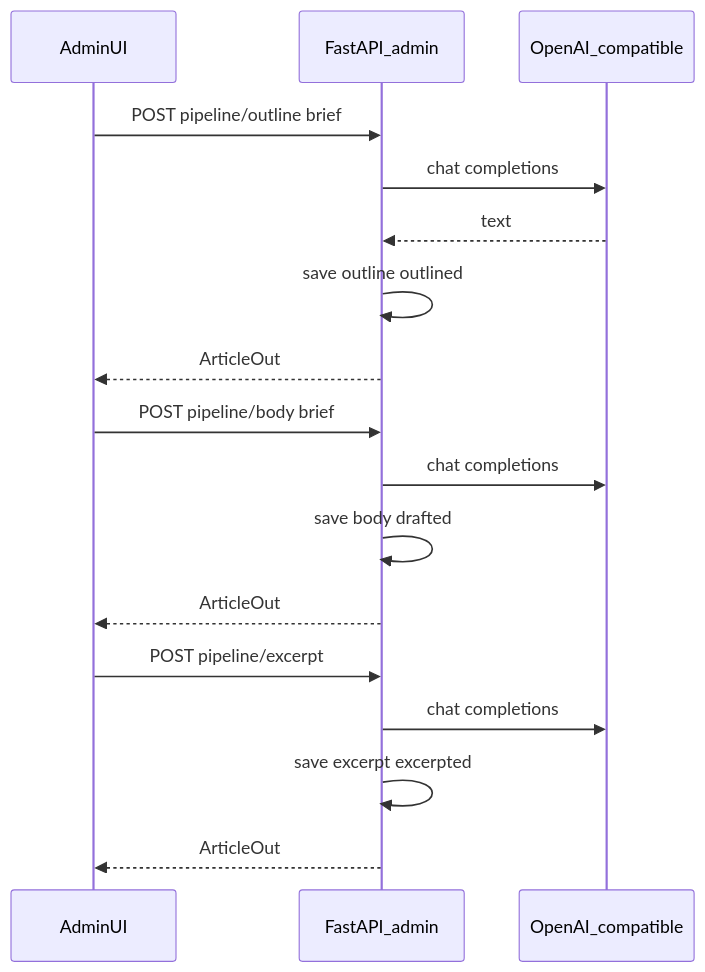
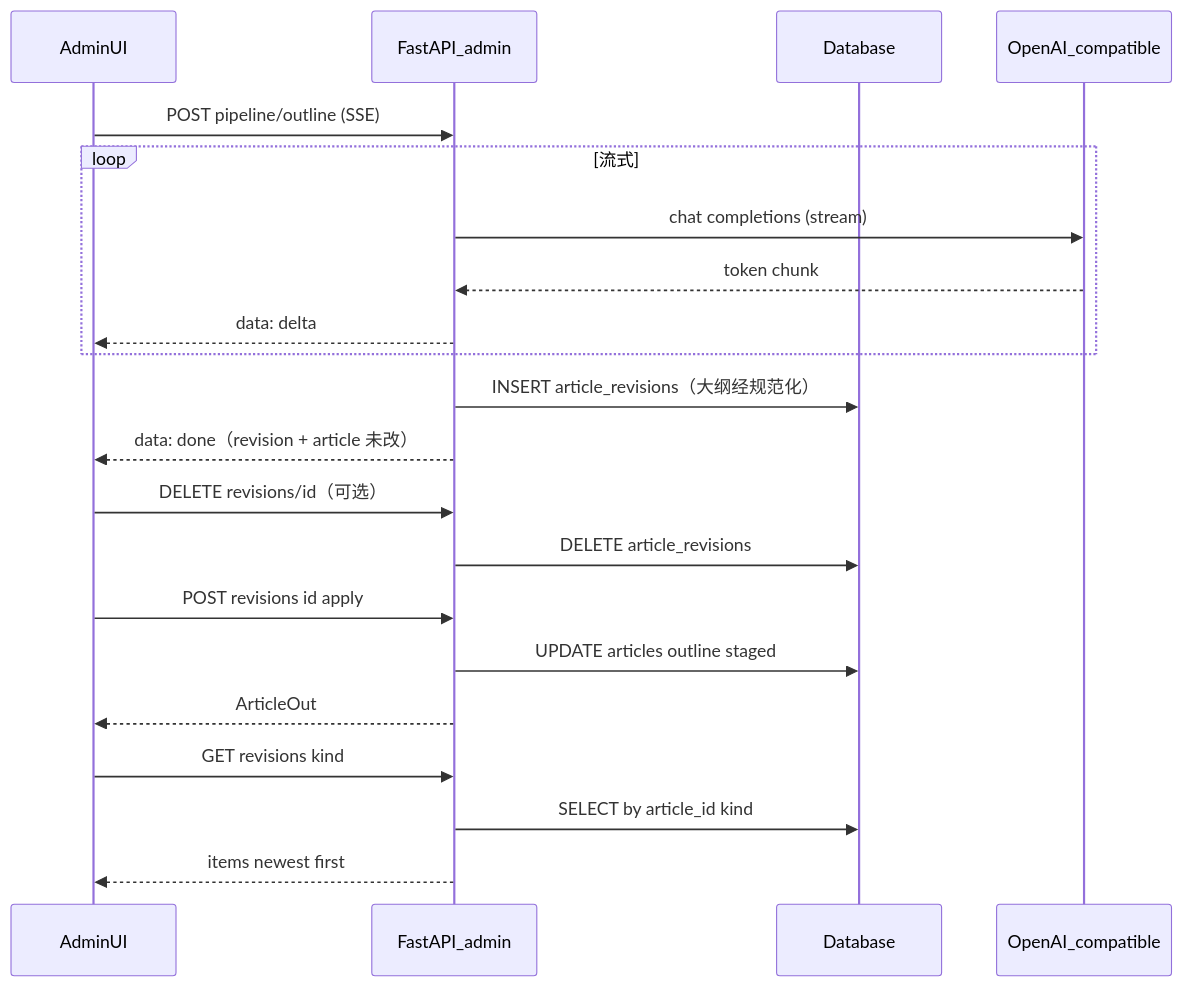
One commit to lupsF1/Artpro changed the diagram in docs/文章生产流水线-实现说明.md. Above: the diagram before and after it, drawn with Mermaid. The commit also changed other lines of this file and 19 other files, not shown here.

First line of the commit message:
feat(articles): 流水线修订版 SSE、大纲规范化、修订清理与文档

````diff
--- a/docs/文章生产流水线-实现说明.md
+++ b/docs/文章生产流水线-实现说明.md
@@ -163,22 +240,27 @@
 ```mermaid
 sequenceDiagram
   participant AdminUI
   participant API as FastAPI_admin
+  participant DB as Database
   participant LLM as OpenAI_compatible
 
-  AdminUI->>API: POST pipeline/outline brief
-  API->>LLM: chat completions
-  LLM-->>API: text
-  API->>API: save outline outlined
+  AdminUI->>API: POST pipeline/outline (SSE)
+  loop 流式
+    API->>LLM: chat completions (stream)
+    LLM-->>API: token chunk
+    API-->>AdminUI: data: delta
+  end
+  API->>DB: INSERT article_revisions（大纲经规范化）
+  API-->>AdminUI: data: done（revision + article 未改）
+
+  AdminUI->>API: DELETE revisions/id（可选）
+  API->>DB: DELETE article_revisions
+
+  AdminUI->>API: POST revisions id apply
+  API->>DB: UPDATE articles outline staged
   API-->>AdminUI: ArticleOut
 
-  AdminUI->>API: POST pipeline/body brief
-  API->>LLM: chat completions
-  API->>API: save body drafted
-  API-->>AdminUI: ArticleOut
-
-  AdminUI->>API: POST pipeline/excerpt
-  API->>LLM: chat completions
-  API->>API: save excerpt excerpted
-  API-->>AdminUI: ArticleOut
+  AdminUI->>API: GET revisions kind
+  API->>DB: SELECT by article_id kind
+  API-->>AdminUI: items newest first
 ```
````
